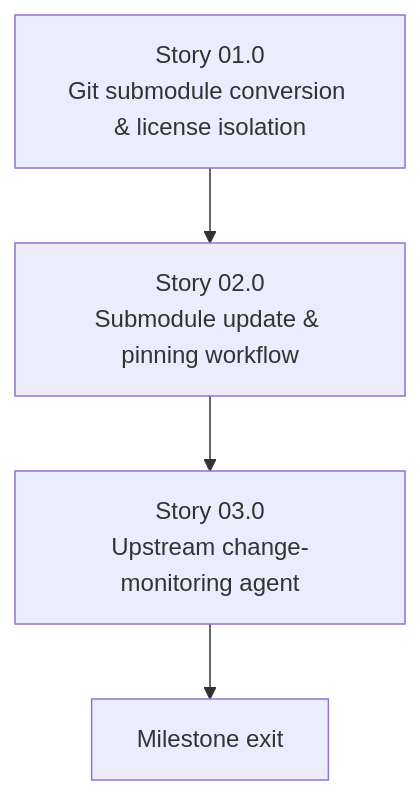
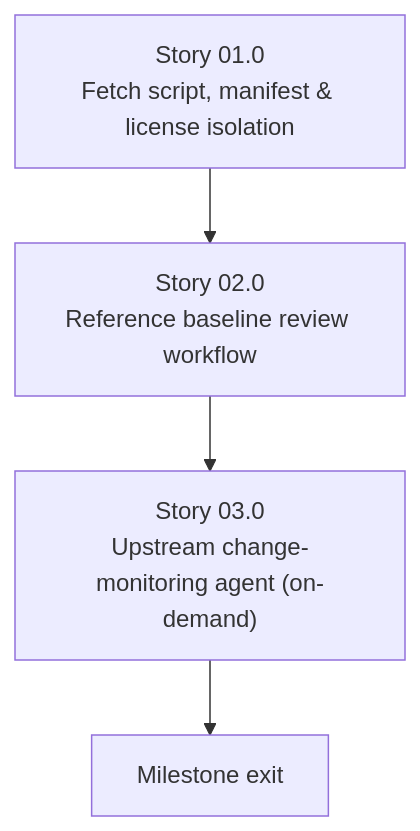
Before and after one commit to yuchdev/SmbiosUtil: the diagram in docs/roadmap/0008-upstream-reference-submodules-and-monitoring-agent/plan.md, drawn with Mermaid. The commit also changed other lines of this file and 14 other files, not shown here.

First line of the commit message:
docs(roadmap/0008): replace submodules with a fetch script (user ruling)

````diff
--- a/docs/roadmap/0008-upstream-reference-submodules-and-monitoring-agent/plan.md
+++ b/docs/roadmap/0008-upstream-reference-submodules-and-monitoring-agent/plan.md
@@ -114,6 +179,6 @@
 ```mermaid
 flowchart TD
-    A["Story 01.0<br/>Git submodule conversion & license isolation"] --> B["Story 02.0<br/>Submodule update & pinning workflow"]
-    B --> C["Story 03.0<br/>Upstream change-monitoring agent"]
+    A["Story 01.0<br/>Fetch script, manifest & license isolation"] --> B["Story 02.0<br/>Reference baseline review workflow"]
+    B --> C["Story 03.0<br/>Upstream change-monitoring agent (on-demand)"]
     C --> M["Milestone exit"]
 ```
````
